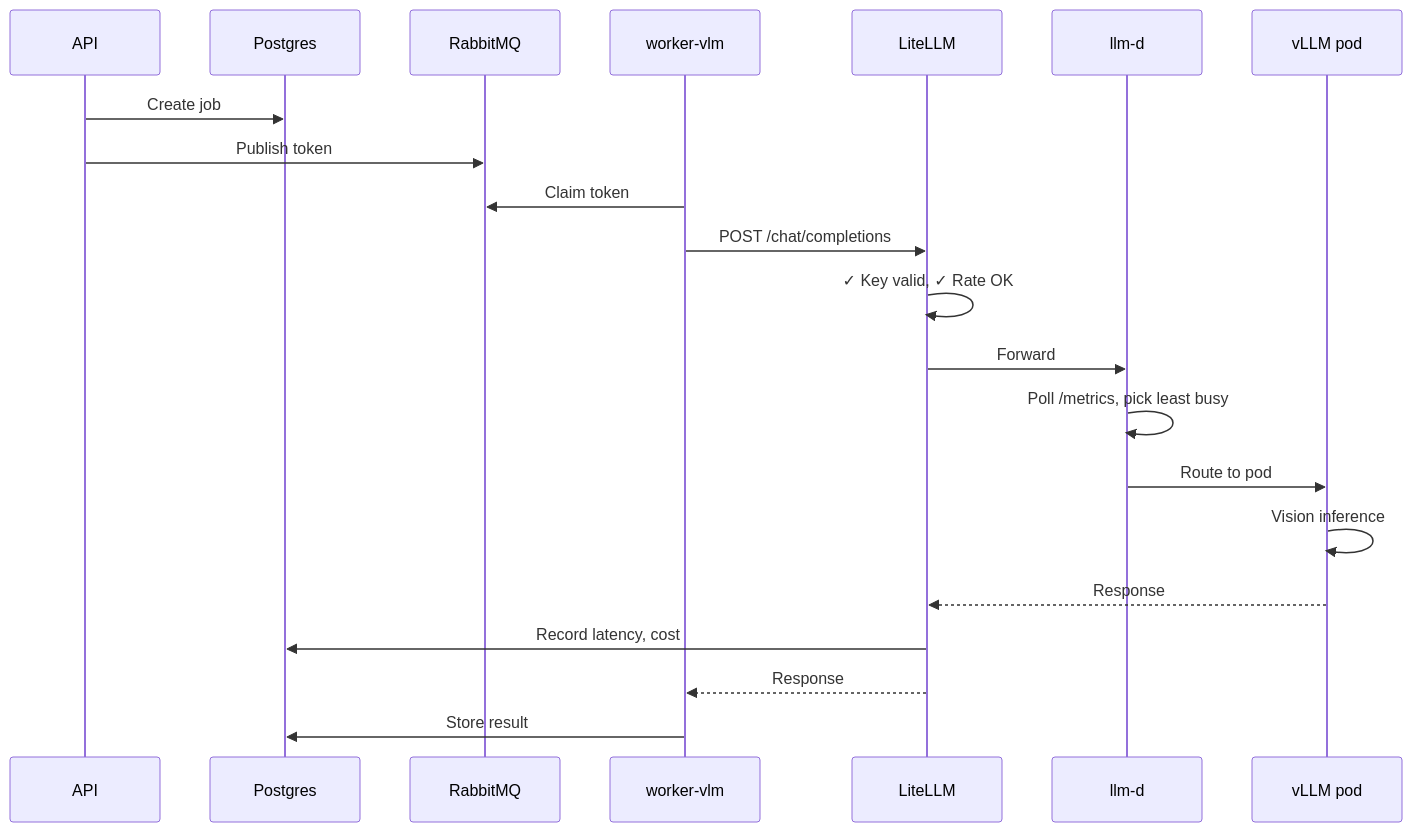
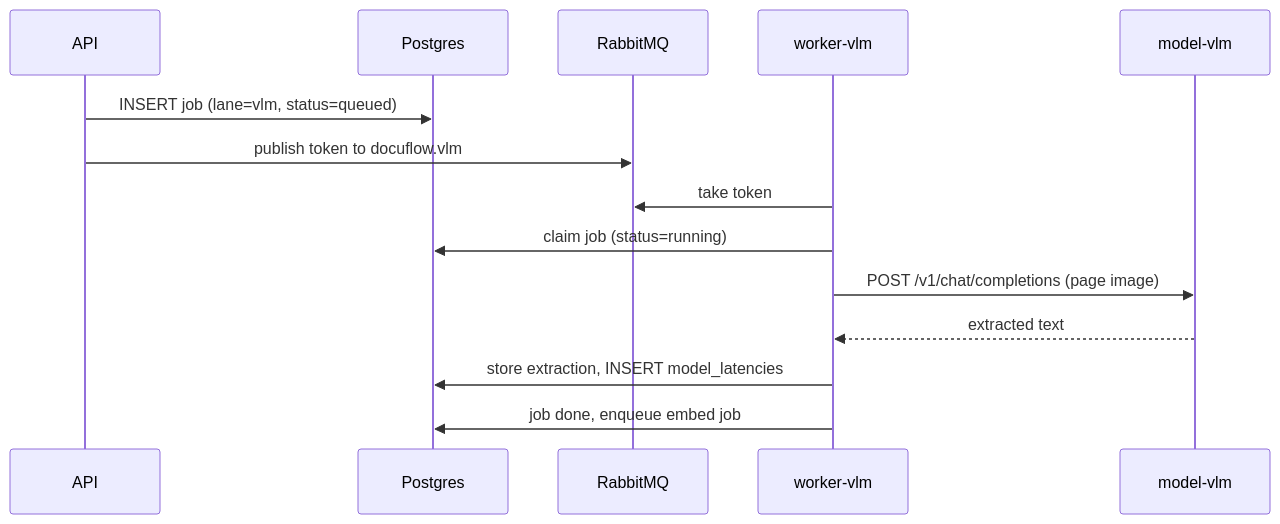
The second of 3 diagrams in docs/DOCUFLOW.md (pramodsarvi/docuflow-systems-lab-), drawn with Mermaid before and after one commit. The commit also changed other lines of this file and 14 other files, not shown here.

````diff
--- a/docs/DOCUFLOW.md
+++ b/docs/DOCUFLOW.md
@@ -106,24 +66,17 @@
 ```mermaid
 sequenceDiagram
     participant API
     participant PG as Postgres
     participant RMQ as RabbitMQ
     participant W as worker-vlm
-    participant LITE as LiteLLM
-    participant LLMD as llm-d
-    participant MVLM as vLLM pod
+    participant M as model-vlm
 
-    API->>PG: Create job
-    API->>RMQ: Publish token
-    W->>RMQ: Claim token
-    W->>LITE: POST /chat/completions
-    LITE->>LITE: ✓ Key valid, ✓ Rate OK
-    LITE->>LLMD: Forward
-    LLMD->>LLMD: Poll /metrics, pick least busy
-    LLMD->>MVLM: Route to pod
-    MVLM->>MVLM: Vision inference
-    MVLM-->>LITE: Response
-    LITE->>PG: Record latency, cost
-    LITE-->>W: Response
-    W->>PG: Store result
+    API->>PG: INSERT job (lane=vlm, status=queued)
+    API->>RMQ: publish token to docuflow.vlm
+    W->>RMQ: take token
+    W->>PG: claim job (status=running)
+    W->>M: POST /v1/chat/completions (page image)
+    M-->>W: extracted text
+    W->>PG: store extraction, INSERT model_latencies
+    W->>PG: job done, enqueue embed job
 ```
````
